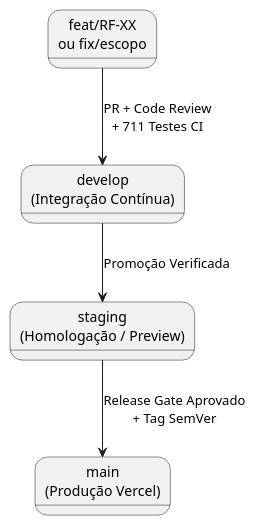
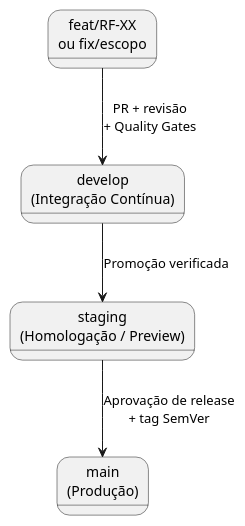
The third of 6 diagrams in manual/capitulos/04-gerenciamento-tecnico.md (CINESOFT-SOLUTIONS/manual-processos-software), drawn with PlantUML before and after one commit. The commit also changed other lines of this file, not shown here.

Commit message:
feat(docs): update project management plan and timeline in technical management chapter

````diff
--- a/manual/capitulos/04-gerenciamento-tecnico.md
+++ b/manual/capitulos/04-gerenciamento-tecnico.md
@@ -131,16 +236,16 @@
 ```plantuml
 @startuml
 skinparam monochrome true
 skinparam shadowing false
 skinparam defaultFontName Helvetica
 
 state "feat/RF-XX\nou fix/escopo" as F
 state "develop\n(Integração Contínua)" as DEV
 state "staging\n(Homologação / Preview)" as STG
-state "main\n(Produção Vercel)" as MAIN
+state "main\n(Produção)" as MAIN
 
-F --> DEV : PR + Code Review\n+ 711 Testes CI
-DEV --> STG : Promoção Verificada
-STG --> MAIN : Release Gate Aprovado\n+ Tag SemVer
+F --> DEV : PR + revisão\n+ Quality Gates
+DEV --> STG : Promoção verificada
+STG --> MAIN : Aprovação de release\n+ tag SemVer
 @enduml
 ```
````
